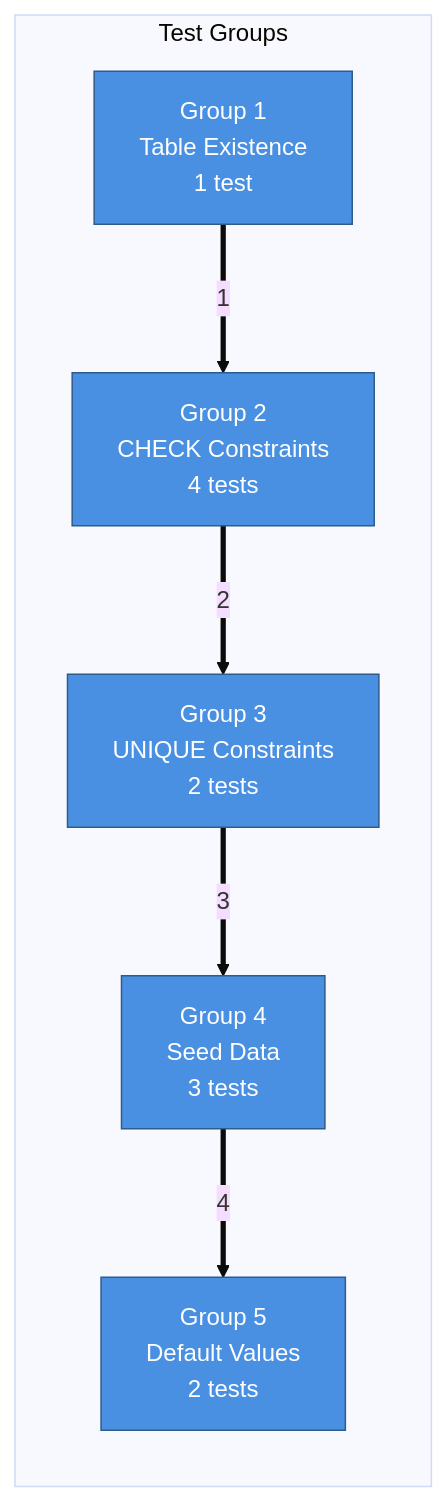
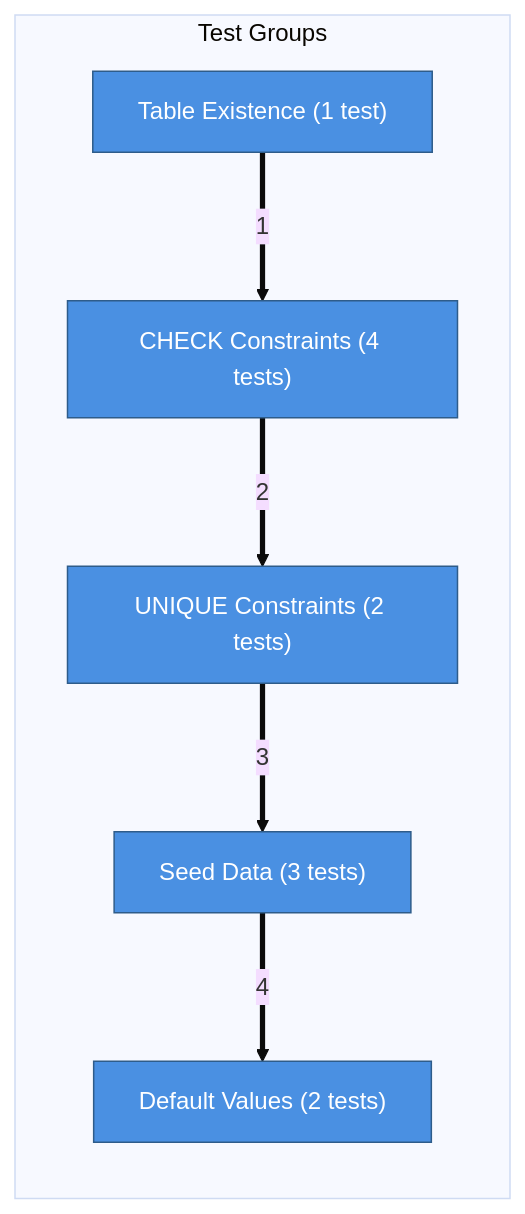
Before and after one commit to viiqswim/dozaldevs-ai-employee: the fifth of 6 diagrams in docs/2026-03-26-1511-phase1-foundation.md, drawn with Mermaid (base theme). The commit also changed other lines of this file, not shown here.

Commit message:
docs: remove \n from all mermaid node labels in phase1 doc

````diff
--- a/docs/2026-03-26-1511-phase1-foundation.md
+++ b/docs/2026-03-26-1511-phase1-foundation.md
@@ -332,14 +332,14 @@
 ```mermaid
 flowchart LR
     subgraph Test Groups
-        G1["Group 1\nTable Existence\n1 test"]:::service
-        G2["Group 2\nCHECK Constraints\n4 tests"]:::service
-        G3["Group 3\nUNIQUE Constraints\n2 tests"]:::service
-        G4["Group 4\nSeed Data\n3 tests"]:::service
-        G5["Group 5\nDefault Values\n2 tests"]:::service
+        G1["Table Existence (1 test)"]:::service
+        G2["CHECK Constraints (4 tests)"]:::service
+        G3["UNIQUE Constraints (2 tests)"]:::service
+        G4["Seed Data (3 tests)"]:::service
+        G5["Default Values (2 tests)"]:::service
     end
 
     G1 ==>|"1"| G2 ==>|"2"| G3 ==>|"3"| G4 ==>|"4"| G5
 
     classDef service fill:#4A90E2,stroke:#2E5C8A,color:#fff
 ```
````
